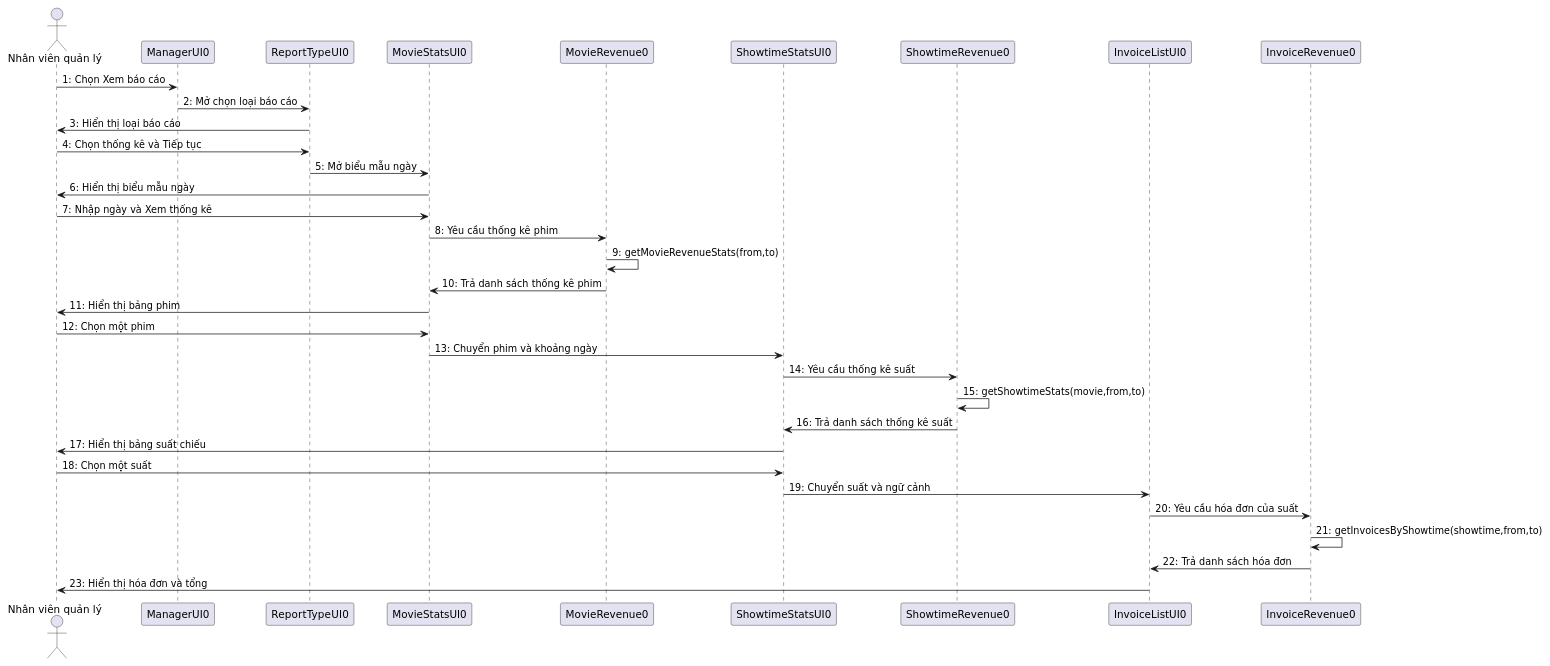
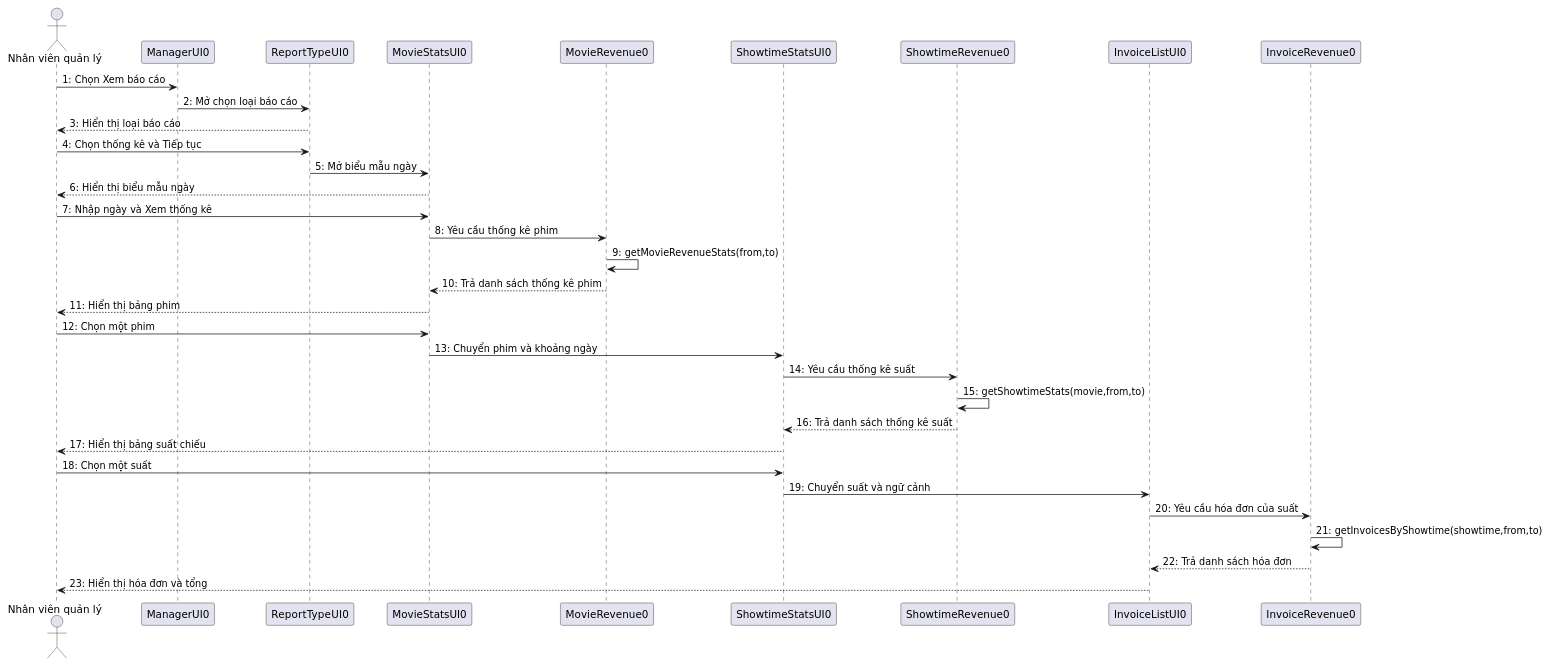
The diagram in uml/phan-tich/06b-revenue-analysis-sequence.puml (tinhatinh/PTTK), drawn with PlantUML before and after one commit. The commit also changed 117 other files, not shown here.

Commit message:
Fix UML message semantics and finalize focused project delivery

```diff
--- a/uml/phan-tich/06b-revenue-analysis-sequence.puml
+++ b/uml/phan-tich/06b-revenue-analysis-sequence.puml
@@ -1,38 +1,38 @@
 @startuml 06b-revenue-analysis-sequence
 skinparam defaultFontName DejaVu Sans
 skinparam shadowing false
 skinparam classAttributeIconSize 0
 hide empty members
 actor "Nhân viên quản lý" as A
 participant "ManagerUI0" as H
 participant "ReportTypeUI0" as T
 participant "MovieStatsUI0" as M
 participant "MovieRevenue0" as MS
 participant "ShowtimeStatsUI0" as S
 participant "ShowtimeRevenue0" as SS
 participant "InvoiceListUI0" as I
 participant "InvoiceRevenue0" as IS
 A -> H : 1: Chọn Xem báo cáo
 H -> T : 2: Mở chọn loại báo cáo
-T -> A : 3: Hiển thị loại báo cáo
+T --> A : 3: Hiển thị loại báo cáo
 A -> T : 4: Chọn thống kê và Tiếp tục
 T -> M : 5: Mở biểu mẫu ngày
-M -> A : 6: Hiển thị biểu mẫu ngày
+M --> A : 6: Hiển thị biểu mẫu ngày
 A -> M : 7: Nhập ngày và Xem thống kê
 M -> MS : 8: Yêu cầu thống kê phim
 MS -> MS : 9: getMovieRevenueStats(from,to)
-MS -> M : 10: Trả danh sách thống kê phim
-M -> A : 11: Hiển thị bảng phim
+MS --> M : 10: Trả danh sách thống kê phim
+M --> A : 11: Hiển thị bảng phim
 A -> M : 12: Chọn một phim
 M -> S : 13: Chuyển phim và khoảng ngày
 S -> SS : 14: Yêu cầu thống kê suất
 SS -> SS : 15: getShowtimeStats(movie,from,to)
-SS -> S : 16: Trả danh sách thống kê suất
-S -> A : 17: Hiển thị bảng suất chiếu
+SS --> S : 16: Trả danh sách thống kê suất
+S --> A : 17: Hiển thị bảng suất chiếu
 A -> S : 18: Chọn một suất
 S -> I : 19: Chuyển suất và ngữ cảnh
 I -> IS : 20: Yêu cầu hóa đơn của suất
 IS -> IS : 21: getInvoicesByShowtime(showtime,from,to)
-IS -> I : 22: Trả danh sách hóa đơn
-I -> A : 23: Hiển thị hóa đơn và tổng
+IS --> I : 22: Trả danh sách hóa đơn
+I --> A : 23: Hiển thị hóa đơn và tổng
 @enduml
```
